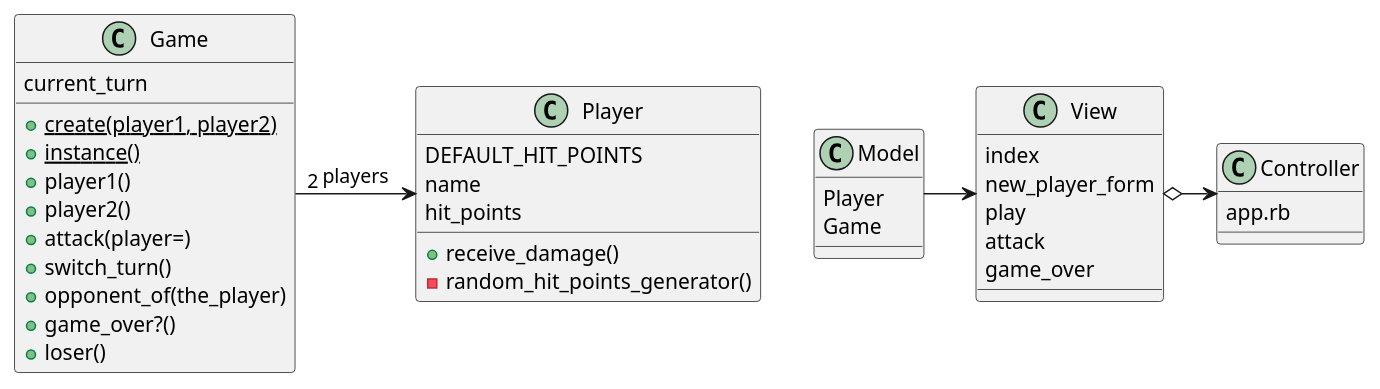
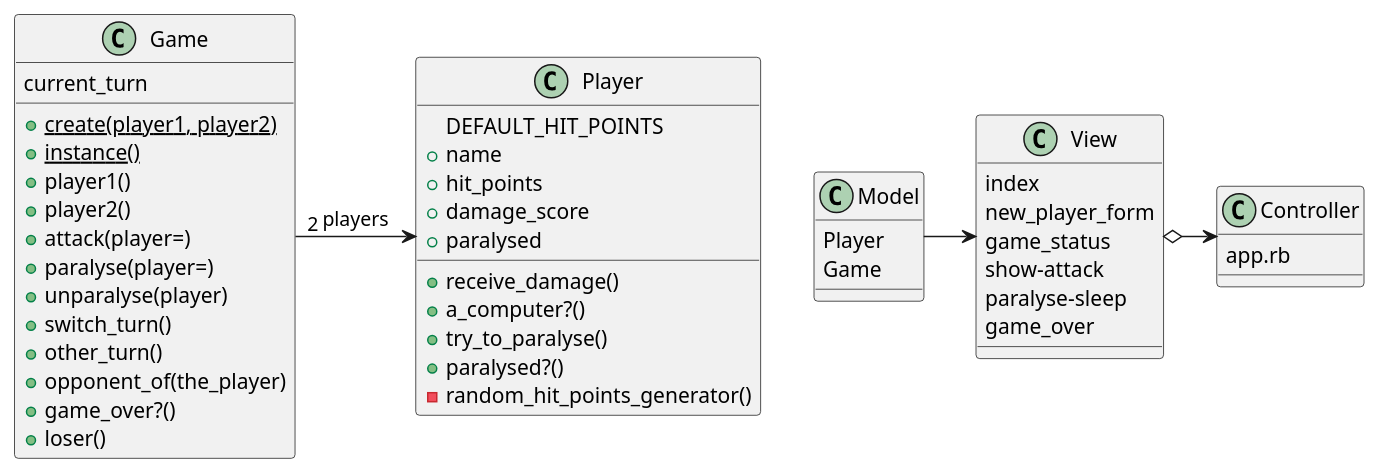
One commit to meta-morpho-sys/new_battle2 changed the diagram in battle.puml. Above: the diagram before and after it, drawn with PlantUML. The commit also changed 1 other file, not shown here.

Commit message:
Modified controller to fix mbug in paralyse and updated diagram.

```diff
--- a/battle.puml
+++ b/battle.puml
@@ -1,46 +1,55 @@
 @startuml
 
 class Game {
     +{static} create(player1, player2)
     +{static} instance()
     current_turn
     +player1()
     +player2()
     +attack(player=)
+    +paralyse(player=)
+    +unparalyse(player)
     +switch_turn()
+    +other_turn()
     +opponent_of(the_player)
     +game_over?()
     +loser()
 }
 
 class Player {
     DEFAULT_HIT_POINTS
-    name
-    hit_points
+    +name
+    +hit_points
+    +damage_score
+    +paralysed
     +receive_damage()
+    +a_computer?()
+    +try_to_paralyse()
+    +paralysed?()
     -random_hit_points_generator()
 }
 
 class Model {
     Player
     Game
 }
 
 class Controller {
     app.rb
 }
 
 class View {
     index
     new_player_form
-    play
-    attack
+    game_status
+    show-attack
+    paralyse-sleep
     game_over
 }
 
 Game -> Player :"2" players
 
 Model ->View
 View o-> Controller
 
 @enduml
```
